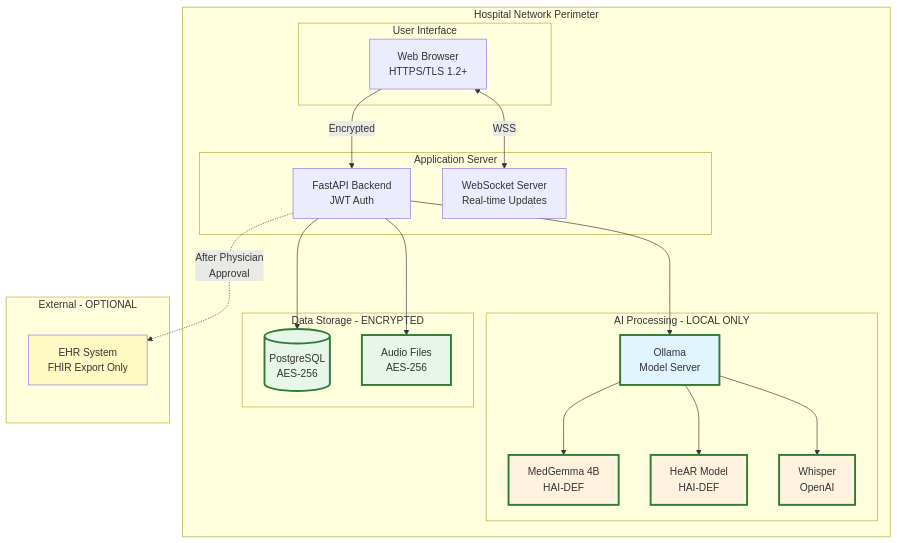
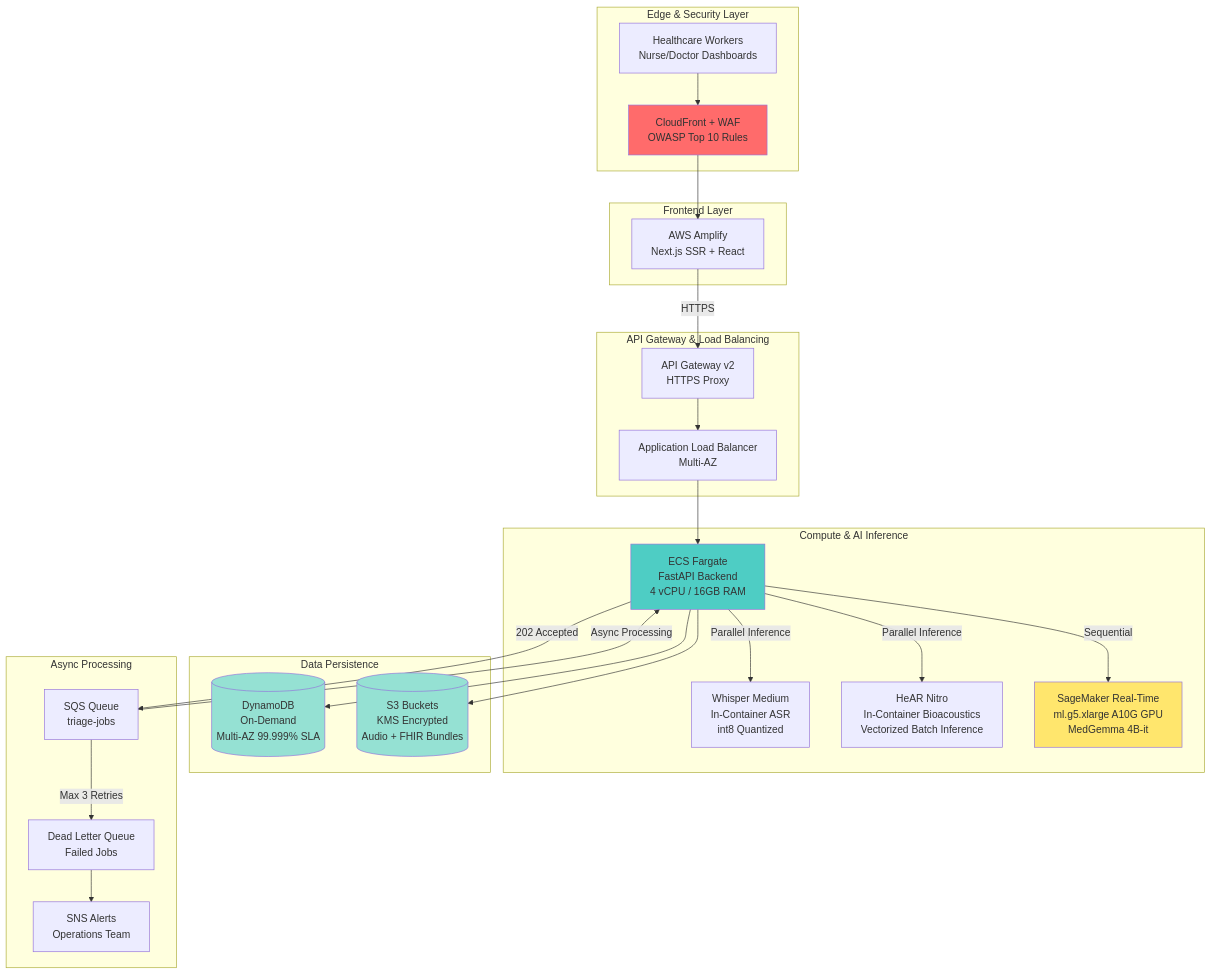
The first of 3 diagrams in README.md (SowmyaLR/AIForBharath), drawn with Mermaid before and after one commit. The commit also changed other lines of this file and 2 other files, not shown here.

````diff
--- a/README.md
+++ b/README.md
@@ -357,50 +40,55 @@
 ```mermaid
-flowchart TB
-    subgraph "Hospital Network Perimeter"
-        subgraph "User Interface"
-            A[Web Browser<br/>HTTPS/TLS 1.2+]
-        end
-        
-        subgraph "Application Server"
-            B[FastAPI Backend<br/>JWT Auth]
-            C[WebSocket Server<br/>Real-time Updates]
-        end
-        
-        subgraph "AI Processing - LOCAL ONLY"
-            D[Ollama<br/>Model Server]
-            E[MedGemma 4B<br/>HAI-DEF]
-            F[HeAR Model<br/>HAI-DEF]
-            G[Whisper<br/>OpenAI]
-        end
-        
-        subgraph "Data Storage - ENCRYPTED"
-            H[(PostgreSQL<br/>AES-256)]
-            I[Audio Files<br/>AES-256]
-        end
+graph TD
+    subgraph "Edge & Security Layer"
+        CF[CloudFront + WAF<br/>OWASP Top 10 Rules]
+        Users[Healthcare Workers<br/>Nurse/Doctor Dashboards]
     end
-    
-    subgraph "External - OPTIONAL"
-        J[EHR System<br/>FHIR Export Only]
+
+    subgraph "Frontend Layer"
+        AMP[AWS Amplify<br/>Next.js SSR + React]
     end
-    
-    A -->|Encrypted| B
-    A <-->|WSS| C
-    B --> D
-    D --> E
-    D --> F
-    D --> G
-    B --> H
-    B --> I
-    B -.->|After Physician<br/>Approval| J
-    
-    style D fill:#e1f5ff
-    style E fill:#fff3e0
-    style F fill:#fff3e0
-    style G fill:#fff3e0
-    style H fill:#e8f5e9
-    style I fill:#e8f5e9
-    style J fill:#fff9c4
-    
-    classDef privacy fill:#c8e6c9,stroke:#2e7d32,stroke-width:3px
-    class D,E,F,G,H,I privacy
+
+    subgraph "API Gateway & Load Balancing"
+        GW[API Gateway v2<br/>HTTPS Proxy]
+        ALB[Application Load Balancer<br/>Multi-AZ]
+    end
+
+    subgraph "Compute & AI Inference"
+        ECS[ECS Fargate<br/>FastAPI Backend<br/>4 vCPU / 16GB RAM]
+        W[Whisper Medium<br/>In-Container ASR<br/>int8 Quantized]
+        H[HeAR Nitro<br/>In-Container Bioacoustics<br/>Vectorized Batch Inference]
+        SM[SageMaker Real-Time<br/>ml.g5.xlarge A10G GPU<br/>MedGemma 4B-it]
+    end
+
+    subgraph "Data Persistence"
+        DDB[(DynamoDB<br/>On-Demand<br/>Multi-AZ 99.999% SLA)]
+        S3[(S3 Buckets<br/>KMS Encrypted<br/>Audio + FHIR Bundles)]
+    end
+
+    subgraph "Async Processing"
+        SQS[SQS Queue<br/>triage-jobs]
+        DLQ[Dead Letter Queue<br/>Failed Jobs]
+        SNS[SNS Alerts<br/>Operations Team]
+    end
+
+    Users --> CF
+    CF --> AMP
+    AMP -->|HTTPS| GW
+    GW --> ALB
+    ALB --> ECS
+    ECS -->|Parallel Inference| W
+    ECS -->|Parallel Inference| H
+    ECS -->|Sequential| SM
+    ECS -->|202 Accepted| SQS
+    ECS --> DDB
+    ECS --> S3
+    SQS -->|Async Processing| ECS
+    SQS -->|Max 3 Retries| DLQ
+    DLQ --> SNS
+
+    style CF fill:#ff6b6b
+    style ECS fill:#4ecdc4
+    style SM fill:#ffe66d
+    style DDB fill:#95e1d3
+    style S3 fill:#95e1d3
 ```
````
